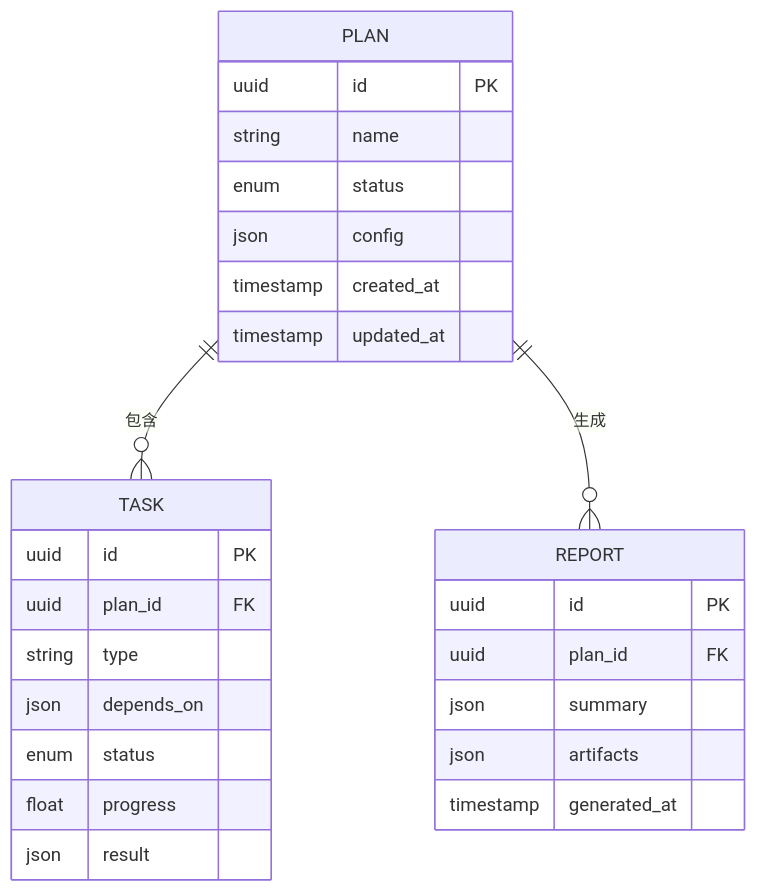
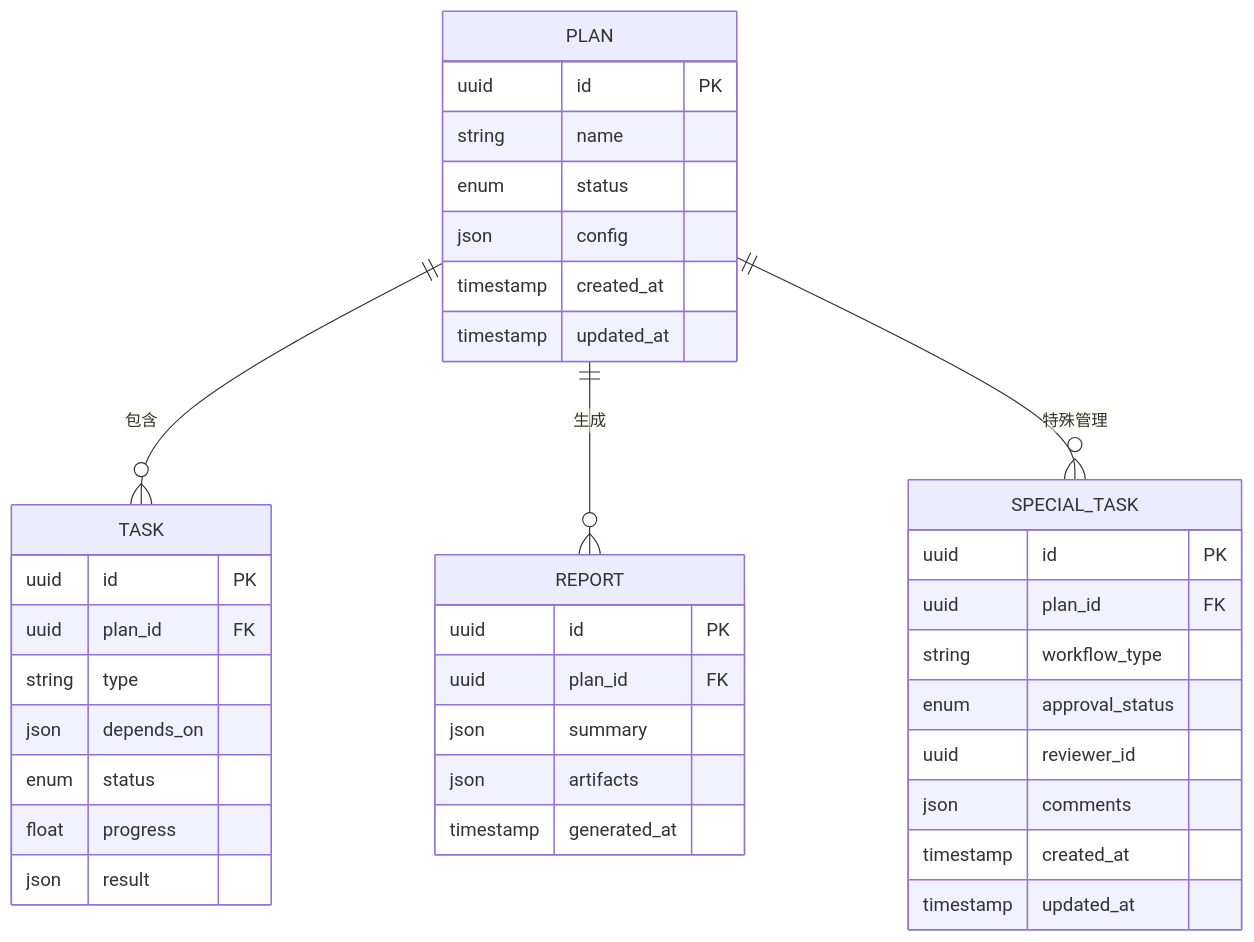
The sixth of 7 diagrams in .qoder/repowiki/zh/content/业务服务层/测试计划服务.md (vu1Art1st/talos), drawn with Mermaid before and after one commit. The commit also changed other lines of this file and 129 other files, not shown here.

````diff
--- a/.qoder/repowiki/zh/content/业务服务层/测试计划服务.md
+++ b/.qoder/repowiki/zh/content/业务服务层/测试计划服务.md
@@ -264,29 +316,40 @@
 ```mermaid
 erDiagram
 PLAN {
 uuid id PK
 string name
 enum status
 json config
 timestamp created_at
 timestamp updated_at
 }
 TASK {
 uuid id PK
 uuid plan_id FK
 string type
 json depends_on
 enum status
 float progress
 json result
 }
 REPORT {
 uuid id PK
 uuid plan_id FK
 json summary
 json artifacts
 timestamp generated_at
 }
+SPECIAL_TASK {
+uuid id PK
+uuid plan_id FK
+string workflow_type
+enum approval_status
+uuid reviewer_id
+json comments
+timestamp created_at
+timestamp updated_at
+}
 PLAN ||--o{ TASK : "包含"
 PLAN ||--o{ REPORT : "生成"
+PLAN ||--o{ SPECIAL_TASK : "特殊管理"
 ```
````
